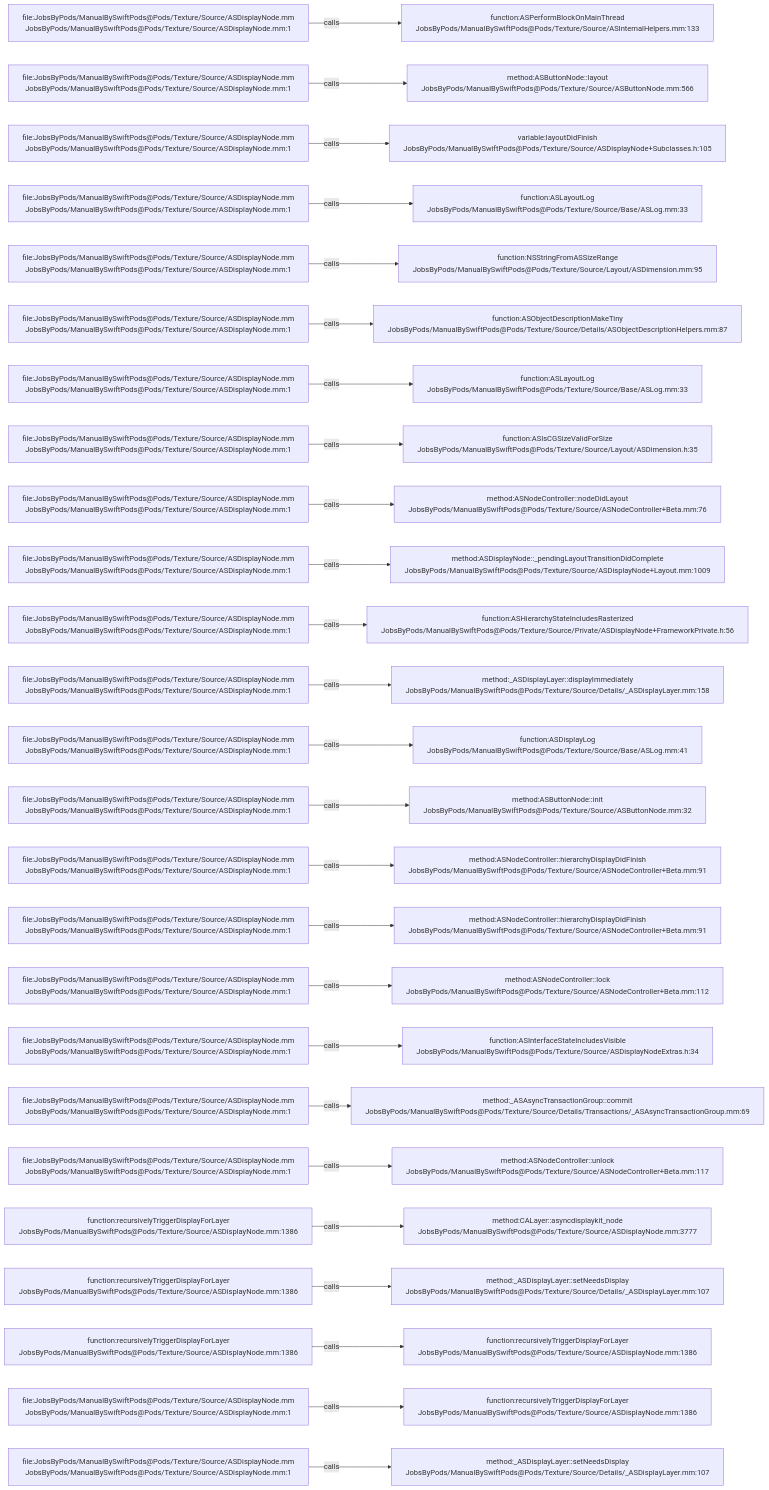
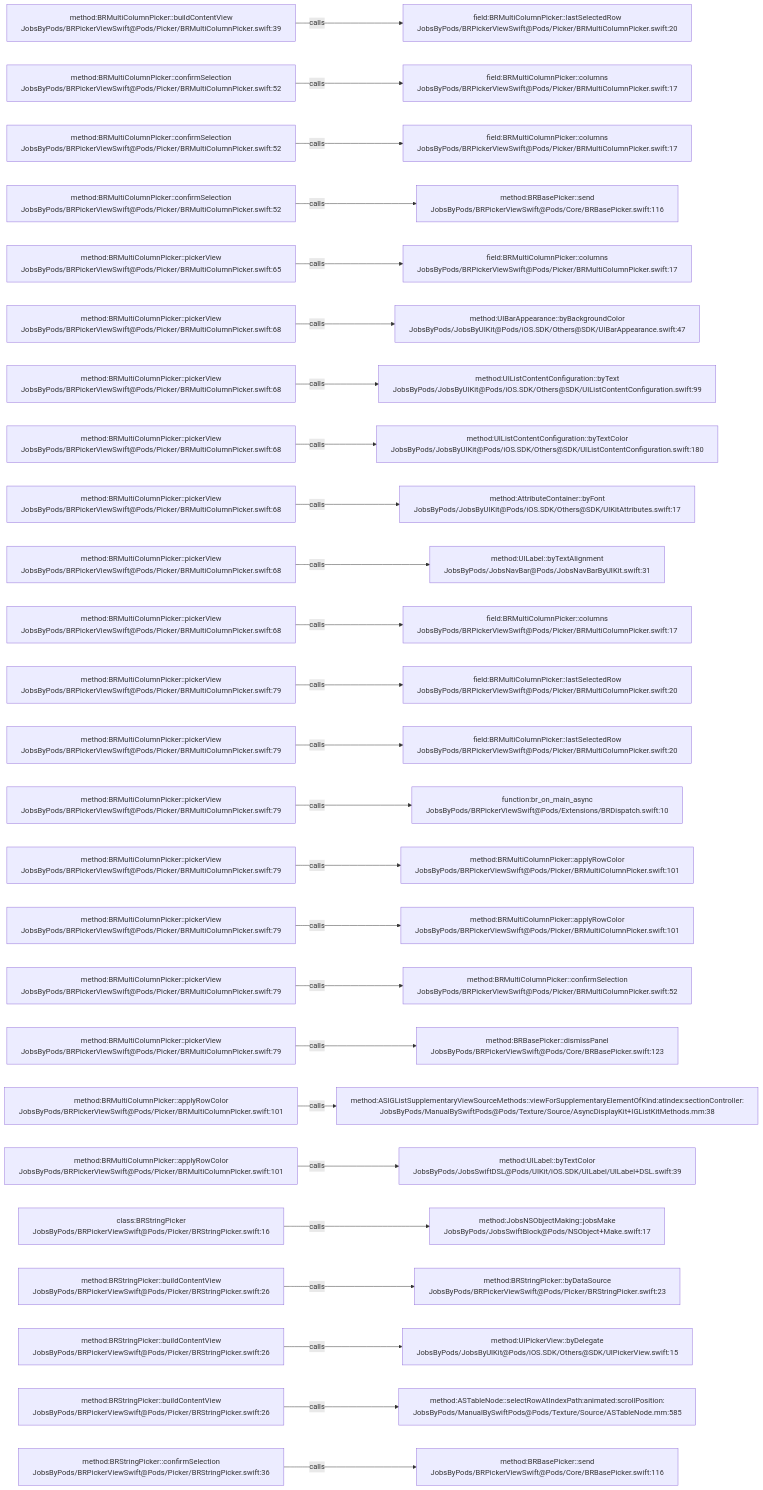
One commit to JobsKits/JobsSwiftBaseConfigDemo changed the diagram in .codegraph/codegraph.md/graphs/calls-029.md. Above: the diagram before and after it, drawn with Mermaid. The commit also changed 224 other files, not shown here.

````diff
--- a/.codegraph/codegraph.md/graphs/calls-029.md
+++ b/.codegraph/codegraph.md/graphs/calls-029.md
@@ -13,78 +13,78 @@
 ```mermaid
 flowchart LR
-  S1["file:JobsByPods/ManualBySwiftPods@Pods/Texture/Source/ASDisplayNode.mm<br/>JobsByPods/ManualBySwiftPods@Pods/Texture/Source/ASDisplayNode.mm:1"]
-  T1["function:ASPerformBlockOnMainThread<br/>JobsByPods/ManualBySwiftPods@Pods/Texture/Source/ASInternalHelpers.mm:133"]
+  S1["method:BRMultiColumnPicker::buildContentView<br/>JobsByPods/BRPickerViewSwift@Pods/Picker/BRMultiColumnPicker.swift:39"]
+  T1["field:BRMultiColumnPicker::lastSelectedRow<br/>JobsByPods/BRPickerViewSwift@Pods/Picker/BRMultiColumnPicker.swift:20"]
   S1 -->|calls| T1
-  S2["file:JobsByPods/ManualBySwiftPods@Pods/Texture/Source/ASDisplayNode.mm<br/>JobsByPods/ManualBySwiftPods@Pods/Texture/Source/ASDisplayNode.mm:1"]
-  T2["method:ASButtonNode::layout<br/>JobsByPods/ManualBySwiftPods@Pods/Texture/Source/ASButtonNode.mm:566"]
+  S2["method:BRMultiColumnPicker::confirmSelection<br/>JobsByPods/BRPickerViewSwift@Pods/Picker/BRMultiColumnPicker.swift:52"]
+  T2["field:BRMultiColumnPicker::columns<br/>JobsByPods/BRPickerViewSwift@Pods/Picker/BRMultiColumnPicker.swift:17"]
   S2 -->|calls| T2
-  S3["file:JobsByPods/ManualBySwiftPods@Pods/Texture/Source/ASDisplayNode.mm<br/>JobsByPods/ManualBySwiftPods@Pods/Texture/Source/ASDisplayNode.mm:1"]
-  T3["variable:layoutDidFinish<br/>JobsByPods/ManualBySwiftPods@Pods/Texture/Source/ASDisplayNode+Subclasses.h:105"]
+  S3["method:BRMultiColumnPicker::confirmSelection<br/>JobsByPods/BRPickerViewSwift@Pods/Picker/BRMultiColumnPicker.swift:52"]
+  T3["field:BRMultiColumnPicker::columns<br/>JobsByPods/BRPickerViewSwift@Pods/Picker/BRMultiColumnPicker.swift:17"]
   S3 -->|calls| T3
-  S4["file:JobsByPods/ManualBySwiftPods@Pods/Texture/Source/ASDisplayNode.mm<br/>JobsByPods/ManualBySwiftPods@Pods/Texture/Source/ASDisplayNode.mm:1"]
-  T4["function:ASLayoutLog<br/>JobsByPods/ManualBySwiftPods@Pods/Texture/Source/Base/ASLog.mm:33"]
+  S4["method:BRMultiColumnPicker::confirmSelection<br/>JobsByPods/BRPickerViewSwift@Pods/Picker/BRMultiColumnPicker.swift:52"]
+  T4["method:BRBasePicker::send<br/>JobsByPods/BRPickerViewSwift@Pods/Core/BRBasePicker.swift:116"]
   S4 -->|calls| T4
-  S5["file:JobsByPods/ManualBySwiftPods@Pods/Texture/Source/ASDisplayNode.mm<br/>JobsByPods/ManualBySwiftPods@Pods/Texture/Source/ASDisplayNode.mm:1"]
-  T5["function:NSStringFromASSizeRange<br/>JobsByPods/ManualBySwiftPods@Pods/Texture/Source/Layout/ASDimension.mm:95"]
+  S5["method:BRMultiColumnPicker::pickerView<br/>JobsByPods/BRPickerViewSwift@Pods/Picker/BRMultiColumnPicker.swift:65"]
+  T5["field:BRMultiColumnPicker::columns<br/>JobsByPods/BRPickerViewSwift@Pods/Picker/BRMultiColumnPicker.swift:17"]
   S5 -->|calls| T5
-  S6["file:JobsByPods/ManualBySwiftPods@Pods/Texture/Source/ASDisplayNode.mm<br/>JobsByPods/ManualBySwiftPods@Pods/Texture/Source/ASDisplayNode.mm:1"]
-  T6["function:ASObjectDescriptionMakeTiny<br/>JobsByPods/ManualBySwiftPods@Pods/Texture/Source/Details/ASObjectDescriptionHelpers.mm:87"]
+  S6["method:BRMultiColumnPicker::pickerView<br/>JobsByPods/BRPickerViewSwift@Pods/Picker/BRMultiColumnPicker.swift:68"]
+  T6["method:UIBarAppearance::byBackgroundColor<br/>JobsByPods/JobsByUIKit@Pods/iOS.SDK/Others@SDK/UIBarAppearance.swift:47"]
   S6 -->|calls| T6
-  S7["file:JobsByPods/ManualBySwiftPods@Pods/Texture/Source/ASDisplayNode.mm<br/>JobsByPods/ManualBySwiftPods@Pods/Texture/Source/ASDisplayNode.mm:1"]
-  T7["function:ASLayoutLog<br/>JobsByPods/ManualBySwiftPods@Pods/Texture/Source/Base/ASLog.mm:33"]
+  S7["method:BRMultiColumnPicker::pickerView<br/>JobsByPods/BRPickerViewSwift@Pods/Picker/BRMultiColumnPicker.swift:68"]
+  T7["method:UIListContentConfiguration::byText<br/>JobsByPods/JobsByUIKit@Pods/iOS.SDK/Others@SDK/UIListContentConfiguration.swift:99"]
   S7 -->|calls| T7
-  S8["file:JobsByPods/ManualBySwiftPods@Pods/Texture/Source/ASDisplayNode.mm<br/>JobsByPods/ManualBySwiftPods@Pods/Texture/Source/ASDisplayNode.mm:1"]
-  T8["function:ASIsCGSizeValidForSize<br/>JobsByPods/ManualBySwiftPods@Pods/Texture/Source/Layout/ASDimension.h:35"]
+  S8["method:BRMultiColumnPicker::pickerView<br/>JobsByPods/BRPickerViewSwift@Pods/Picker/BRMultiColumnPicker.swift:68"]
+  T8["method:UIListContentConfiguration::byTextColor<br/>JobsByPods/JobsByUIKit@Pods/iOS.SDK/Others@SDK/UIListContentConfiguration.swift:180"]
   S8 -->|calls| T8
-  S9["file:JobsByPods/ManualBySwiftPods@Pods/Texture/Source/ASDisplayNode.mm<br/>JobsByPods/ManualBySwiftPods@Pods/Texture/Source/ASDisplayNode.mm:1"]
-  T9["method:ASNodeController::nodeDidLayout<br/>JobsByPods/ManualBySwiftPods@Pods/Texture/Source/ASNodeController+Beta.mm:76"]
+  S9["method:BRMultiColumnPicker::pickerView<br/>JobsByPods/BRPickerViewSwift@Pods/Picker/BRMultiColumnPicker.swift:68"]
+  T9["method:AttributeContainer::byFont<br/>JobsByPods/JobsByUIKit@Pods/iOS.SDK/Others@SDK/UIKitAttributes.swift:17"]
   S9 -->|calls| T9
-  S10["file:JobsByPods/ManualBySwiftPods@Pods/Texture/Source/ASDisplayNode.mm<br/>JobsByPods/ManualBySwiftPods@Pods/Texture/Source/ASDisplayNode.mm:1"]
-  T10["method:ASDisplayNode::_pendingLayoutTransitionDidComplete<br/>JobsByPods/ManualBySwiftPods@Pods/Texture/Source/ASDisplayNode+Layout.mm:1009"]
+  S10["method:BRMultiColumnPicker::pickerView<br/>JobsByPods/BRPickerViewSwift@Pods/Picker/BRMultiColumnPicker.swift:68"]
+  T10["method:UILabel::byTextAlignment<br/>JobsByPods/JobsNavBar@Pods/JobsNavBarByUIKit.swift:31"]
   S10 -->|calls| T10
-  S11["file:JobsByPods/ManualBySwiftPods@Pods/Texture/Source/ASDisplayNode.mm<br/>JobsByPods/ManualBySwiftPods@Pods/Texture/Source/ASDisplayNode.mm:1"]
-  T11["function:ASHierarchyStateIncludesRasterized<br/>JobsByPods/ManualBySwiftPods@Pods/Texture/Source/Private/ASDisplayNode+FrameworkPrivate.h:56"]
+  S11["method:BRMultiColumnPicker::pickerView<br/>JobsByPods/BRPickerViewSwift@Pods/Picker/BRMultiColumnPicker.swift:68"]
+  T11["field:BRMultiColumnPicker::columns<br/>JobsByPods/BRPickerViewSwift@Pods/Picker/BRMultiColumnPicker.swift:17"]
   S11 -->|calls| T11
-  S12["file:JobsByPods/ManualBySwiftPods@Pods/Texture/Source/ASDisplayNode.mm<br/>JobsByPods/ManualBySwiftPods@Pods/Texture/Source/ASDisplayNode.mm:1"]
-  T12["method:_ASDisplayLayer::displayImmediately<br/>JobsByPods/ManualBySwiftPods@Pods/Texture/Source/Details/_ASDisplayLayer.mm:158"]
+  S12["method:BRMultiColumnPicker::pickerView<br/>JobsByPods/BRPickerViewSwift@Pods/Picker/BRMultiColumnPicker.swift:79"]
+  T12["field:BRMultiColumnPicker::lastSelectedRow<br/>JobsByPods/BRPickerViewSwift@Pods/Picker/BRMultiColumnPicker.swift:20"]
   S12 -->|calls| T12
-  S13["file:JobsByPods/ManualBySwiftPods@Pods/Texture/Source/ASDisplayNode.mm<br/>JobsByPods/ManualBySwiftPods@Pods/Texture/Source/ASDisplayNode.mm:1"]
-  T13["function:ASDisplayLog<br/>JobsByPods/ManualBySwiftPods@Pods/Texture/Source/Base/ASLog.mm:41"]
+  S13["method:BRMultiColumnPicker::pickerView<br/>JobsByPods/BRPickerViewSwift@Pods/Picker/BRMultiColumnPicker.swift:79"]
+  T13["field:BRMultiColumnPicker::lastSelectedRow<br/>JobsByPods/BRPickerViewSwift@Pods/Picker/BRMultiColumnPicker.swift:20"]
   S13 -->|calls| T13
-  S14["file:JobsByPods/ManualBySwiftPods@Pods/Texture/Source/ASDisplayNode.mm<br/>JobsByPods/ManualBySwiftPods@Pods/Texture/Source/ASDisplayNode.mm:1"]
-  T14["method:ASButtonNode::init<br/>JobsByPods/ManualBySwiftPods@Pods/Texture/Source/ASButtonNode.mm:32"]
+  S14["method:BRMultiColumnPicker::pickerView<br/>JobsByPods/BRPickerViewSwift@Pods/Picker/BRMultiColumnPicker.swift:79"]
+  T14["function:br_on_main_async<br/>JobsByPods/BRPickerViewSwift@Pods/Extensions/BRDispatch.swift:10"]
   S14 -->|calls| T14
-  S15["file:JobsByPods/ManualBySwiftPods@Pods/Texture/Source/ASDisplayNode.mm<br/>JobsByPods/ManualBySwiftPods@Pods/Texture/Source/ASDisplayNode.mm:1"]
-  T15["method:ASNodeController::hierarchyDisplayDidFinish<br/>JobsByPods/ManualBySwiftPods@Pods/Texture/Source/ASNodeController+Beta.mm:91"]
+  S15["method:BRMultiColumnPicker::pickerView<br/>JobsByPods/BRPickerViewSwift@Pods/Picker/BRMultiColumnPicker.swift:79"]
+  T15["method:BRMultiColumnPicker::applyRowColor<br/>JobsByPods/BRPickerViewSwift@Pods/Picker/BRMultiColumnPicker.swift:101"]
   S15 -->|calls| T15
-  S16["file:JobsByPods/ManualBySwiftPods@Pods/Texture/Source/ASDisplayNode.mm<br/>JobsByPods/ManualBySwiftPods@Pods/Texture/Source/ASDisplayNode.mm:1"]
-  T16["method:ASNodeController::hierarchyDisplayDidFinish<br/>JobsByPods/ManualBySwiftPods@Pods/Texture/Source/ASNodeController+Beta.mm:91"]
+  S16["method:BRMultiColumnPicker::pickerView<br/>JobsByPods/BRPickerViewSwift@Pods/Picker/BRMultiColumnPicker.swift:79"]
+  T16["method:BRMultiColumnPicker::applyRowColor<br/>JobsByPods/BRPickerViewSwift@Pods/Picker/BRMultiColumnPicker.swift:101"]
   S16 -->|calls| T16
-  S17["file:JobsByPods/ManualBySwiftPods@Pods/Texture/Source/ASDisplayNode.mm<br/>JobsByPods/ManualBySwiftPods@Pods/Texture/Source/ASDisplayNode.mm:1"]
-  T17["method:ASNodeController::lock<br/>JobsByPods/ManualBySwiftPods@Pods/Texture/Source/ASNodeController+Beta.mm:112"]
+  S17["method:BRMultiColumnPicker::pickerView<br/>JobsByPods/BRPickerViewSwift@Pods/Picker/BRMultiColumnPicker.swift:79"]
+  T17["method:BRMultiColumnPicker::confirmSelection<br/>JobsByPods/BRPickerViewSwift@Pods/Picker/BRMultiColumnPicker.swift:52"]
   S17 -->|calls| T17
-  S18["file:JobsByPods/ManualBySwiftPods@Pods/Texture/Source/ASDisplayNode.mm<br/>JobsByPods/ManualBySwiftPods@Pods/Texture/Source/ASDisplayNode.mm:1"]
-  T18["function:ASInterfaceStateIncludesVisible<br/>JobsByPods/ManualBySwiftPods@Pods/Texture/Source/ASDisplayNodeExtras.h:34"]
+  S18["method:BRMultiColumnPicker::pickerView<br/>JobsByPods/BRPickerViewSwift@Pods/Picker/BRMultiColumnPicker.swift:79"]
+  T18["method:BRBasePicker::dismissPanel<br/>JobsByPods/BRPickerViewSwift@Pods/Core/BRBasePicker.swift:123"]
   S18 -->|calls| T18
-  S19["file:JobsByPods/ManualBySwiftPods@Pods/Texture/Source/ASDisplayNode.mm<br/>JobsByPods/ManualBySwiftPods@Pods/Texture/Source/ASDisplayNode.mm:1"]
-  T19["method:_ASAsyncTransactionGroup::commit<br/>JobsByPods/ManualBySwiftPods@Pods/Texture/Source/Details/Transactions/_ASAsyncTransactionGroup.mm:69"]
+  S19["method:BRMultiColumnPicker::applyRowColor<br/>JobsByPods/BRPickerViewSwift@Pods/Picker/BRMultiColumnPicker.swift:101"]
+  T19["method:ASIGListSupplementaryViewSourceMethods::viewForSupplementaryElementOfKind:atIndex:sectionController:<br/>JobsByPods/ManualBySwiftPods@Pods/Texture/Source/AsyncDisplayKit+IGListKitMethods.mm:38"]
   S19 -->|calls| T19
-  S20["file:JobsByPods/ManualBySwiftPods@Pods/Texture/Source/ASDisplayNode.mm<br/>JobsByPods/ManualBySwiftPods@Pods/Texture/Source/ASDisplayNode.mm:1"]
-  T20["method:ASNodeController::unlock<br/>JobsByPods/ManualBySwiftPods@Pods/Texture/Source/ASNodeController+Beta.mm:117"]
+  S20["method:BRMultiColumnPicker::applyRowColor<br/>JobsByPods/BRPickerViewSwift@Pods/Picker/BRMultiColumnPicker.swift:101"]
+  T20["method:UILabel::byTextColor<br/>JobsByPods/JobsSwiftDSL@Pods/UIKit/iOS.SDK/UILabel/UILabel+DSL.swift:39"]
   S20 -->|calls| T20
-  S21["function:recursivelyTriggerDisplayForLayer<br/>JobsByPods/ManualBySwiftPods@Pods/Texture/Source/ASDisplayNode.mm:1386"]
-  T21["method:CALayer::asyncdisplaykit_node<br/>JobsByPods/ManualBySwiftPods@Pods/Texture/Source/ASDisplayNode.mm:3777"]
+  S21["class:BRStringPicker<br/>JobsByPods/BRPickerViewSwift@Pods/Picker/BRStringPicker.swift:16"]
+  T21["method:JobsNSObjectMaking::jobsMake<br/>JobsByPods/JobsSwiftBlock@Pods/NSObject+Make.swift:17"]
   S21 -->|calls| T21
-  S22["function:recursivelyTriggerDisplayForLayer<br/>JobsByPods/ManualBySwiftPods@Pods/Texture/Source/ASDisplayNode.mm:1386"]
-  T22["method:_ASDisplayLayer::setNeedsDisplay<br/>JobsByPods/ManualBySwiftPods@Pods/Texture/Source/Details/_ASDisplayLayer.mm:107"]
+  S22["method:BRStringPicker::buildContentView<br/>JobsByPods/BRPickerViewSwift@Pods/Picker/BRStringPicker.swift:26"]
+  T22["method:BRStringPicker::byDataSource<br/>JobsByPods/BRPickerViewSwift@Pods/Picker/BRStringPicker.swift:23"]
   S22 -->|calls| T22
-  S23["function:recursivelyTriggerDisplayForLayer<br/>JobsByPods/ManualBySwiftPods@Pods/Texture/Source/ASDisplayNode.mm:1386"]
-  T23["function:recursivelyTriggerDisplayForLayer<br/>JobsByPods/ManualBySwiftPods@Pods/Texture/Source/ASDisplayNode.mm:1386"]
+  S23["method:BRStringPicker::buildContentView<br/>JobsByPods/BRPickerViewSwift@Pods/Picker/BRStringPicker.swift:26"]
+  T23["method:UIPickerView::byDelegate<br/>JobsByPods/JobsByUIKit@Pods/iOS.SDK/Others@SDK/UIPickerView.swift:15"]
   S23 -->|calls| T23
-  S24["file:JobsByPods/ManualBySwiftPods@Pods/Texture/Source/ASDisplayNode.mm<br/>JobsByPods/ManualBySwiftPods@Pods/Texture/Source/ASDisplayNode.mm:1"]
-  T24["function:recursivelyTriggerDisplayForLayer<br/>JobsByPods/ManualBySwiftPods@Pods/Texture/Source/ASDisplayNode.mm:1386"]
+  S24["method:BRStringPicker::buildContentView<br/>JobsByPods/BRPickerViewSwift@Pods/Picker/BRStringPicker.swift:26"]
+  T24["method:ASTableNode::selectRowAtIndexPath:animated:scrollPosition:<br/>JobsByPods/ManualBySwiftPods@Pods/Texture/Source/ASTableNode.mm:585"]
   S24 -->|calls| T24
-  S25["file:JobsByPods/ManualBySwiftPods@Pods/Texture/Source/ASDisplayNode.mm<br/>JobsByPods/ManualBySwiftPods@Pods/Texture/Source/ASDisplayNode.mm:1"]
-  T25["method:_ASDisplayLayer::setNeedsDisplay<br/>JobsByPods/ManualBySwiftPods@Pods/Texture/Source/Details/_ASDisplayLayer.mm:107"]
+  S25["method:BRStringPicker::confirmSelection<br/>JobsByPods/BRPickerViewSwift@Pods/Picker/BRStringPicker.swift:36"]
+  T25["method:BRBasePicker::send<br/>JobsByPods/BRPickerViewSwift@Pods/Core/BRBasePicker.swift:116"]
   S25 -->|calls| T25
 ```
````
